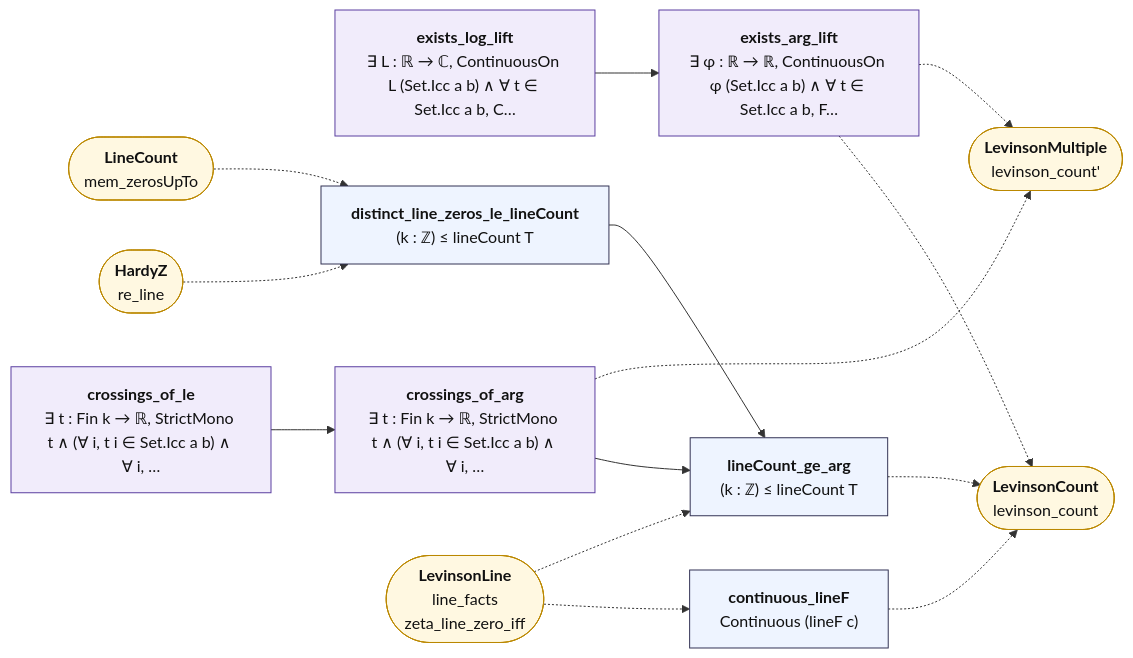
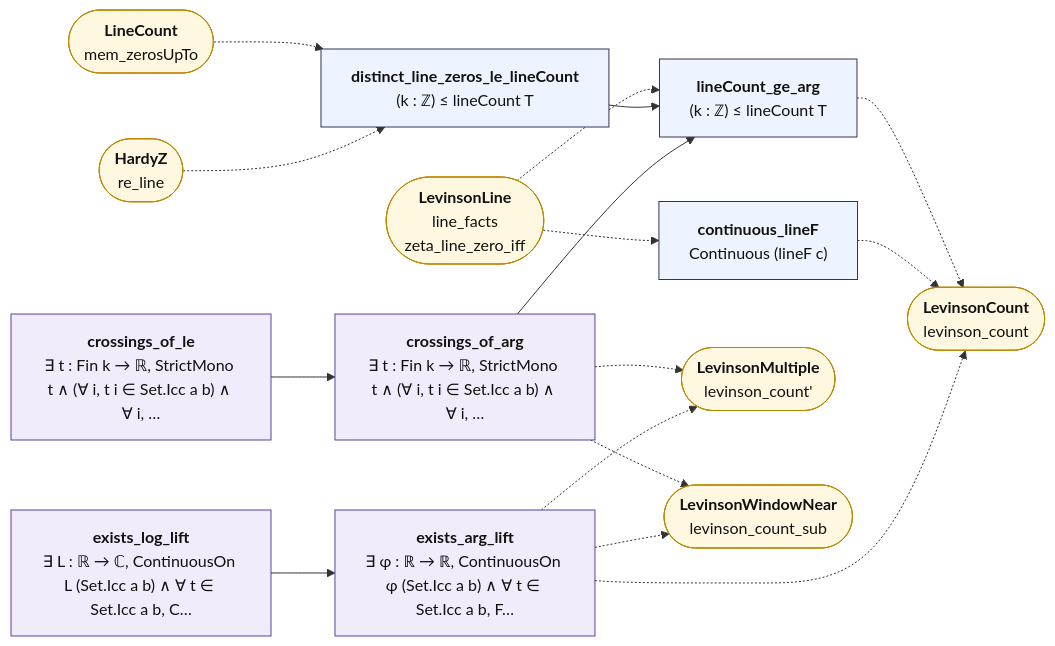
Before and after one commit to juliansambranojr/Primebeat_081426: the diagram in map/lean_stage3/LevinsonArg.md, drawn with Mermaid. The commit also changed other lines of this file and 40 other files, not shown here.

````diff
--- a/map/lean_stage3/LevinsonArg.md
+++ b/map/lean_stage3/LevinsonArg.md
@@ -14,36 +14,39 @@
 ```mermaid
 flowchart LR
   n0["<b>exists_log_lift</b><br/>∃ L : ℝ → ℂ, ContinuousOn L (Set.Icc a b) ∧ ∀ t ∈ Set.Icc a b, C…"]:::shp
   n1["<b>exists_arg_lift</b><br/>∃ φ : ℝ → ℝ, ContinuousOn φ (Set.Icc a b) ∧ ∀ t ∈ Set.Icc a b, F…"]:::shp
   n2["<b>crossings_of_le</b><br/>∃ t : Fin k → ℝ, StrictMono t ∧ (∀ i, t i ∈ Set.Icc a b) ∧ ∀ i, …"]:::shp
   n3["<b>crossings_of_arg</b><br/>∃ t : Fin k → ℝ, StrictMono t ∧ (∀ i, t i ∈ Set.Icc a b) ∧ ∀ i, …"]:::shp
   n4["<b>continuous_lineF</b><br/>Continuous (lineF c)"]:::thm
   n5["<b>distinct_line_zeros_le_lineCount</b><br/>(k : ℤ) ≤ lineCount T"]:::thm
   n6["<b>lineCount_ge_arg</b><br/>(k : ℤ) ≤ lineCount T"]:::thm
   x0(["<b>LevinsonCount</b><br/>levinson_count"]):::ext
   x1(["<b>LevinsonMultiple</b><br/>levinson_count'"]):::ext
-  x2(["<b>LevinsonLine</b><br/>line_facts<br/>zeta_line_zero_iff"]):::ext
-  x3(["<b>HardyZ</b><br/>re_line"]):::ext
-  x4(["<b>LineCount</b><br/>mem_zerosUpTo"]):::ext
+  x2(["<b>LevinsonWindowNear</b><br/>levinson_count_sub"]):::ext
+  x3(["<b>LevinsonLine</b><br/>line_facts<br/>zeta_line_zero_iff"]):::ext
+  x4(["<b>HardyZ</b><br/>re_line"]):::ext
+  x5(["<b>LineCount</b><br/>mem_zerosUpTo"]):::ext
   n0 --> n1
   n2 --> n3
   n3 --> n6
   n5 --> n6
   n1 -.-> x0
   n1 -.-> x1
+  n1 -.-> x2
   n3 -.-> x1
+  n3 -.-> x2
   n4 -.-> x0
   n6 -.-> x0
-  x2 -.-> n4
-  x2 -.-> n6
-  x3 -.-> n5
+  x3 -.-> n4
+  x3 -.-> n6
   x4 -.-> n5
+  x5 -.-> n5
   classDef cnt fill:#dff5ec,stroke:#17694a,color:#111
   classDef shp fill:#f1ecfb,stroke:#5b3fa0,color:#111
   classDef rh fill:#ffe5e5,stroke:#c22,color:#111,stroke-width:2px
   classDef thm fill:#eef4ff,stroke:#335,color:#111
   classDef end_ fill:#e7f7e7,stroke:#2a7,color:#111,stroke-width:2px
   classDef lone fill:#fff,stroke:#999,color:#111,stroke-dasharray:4 3
   classDef bad fill:#ffe5e5,stroke:#c22,color:#111,stroke-width:2px
   classDef ext fill:#fff8e1,stroke:#b80,color:#111
 ```
````
